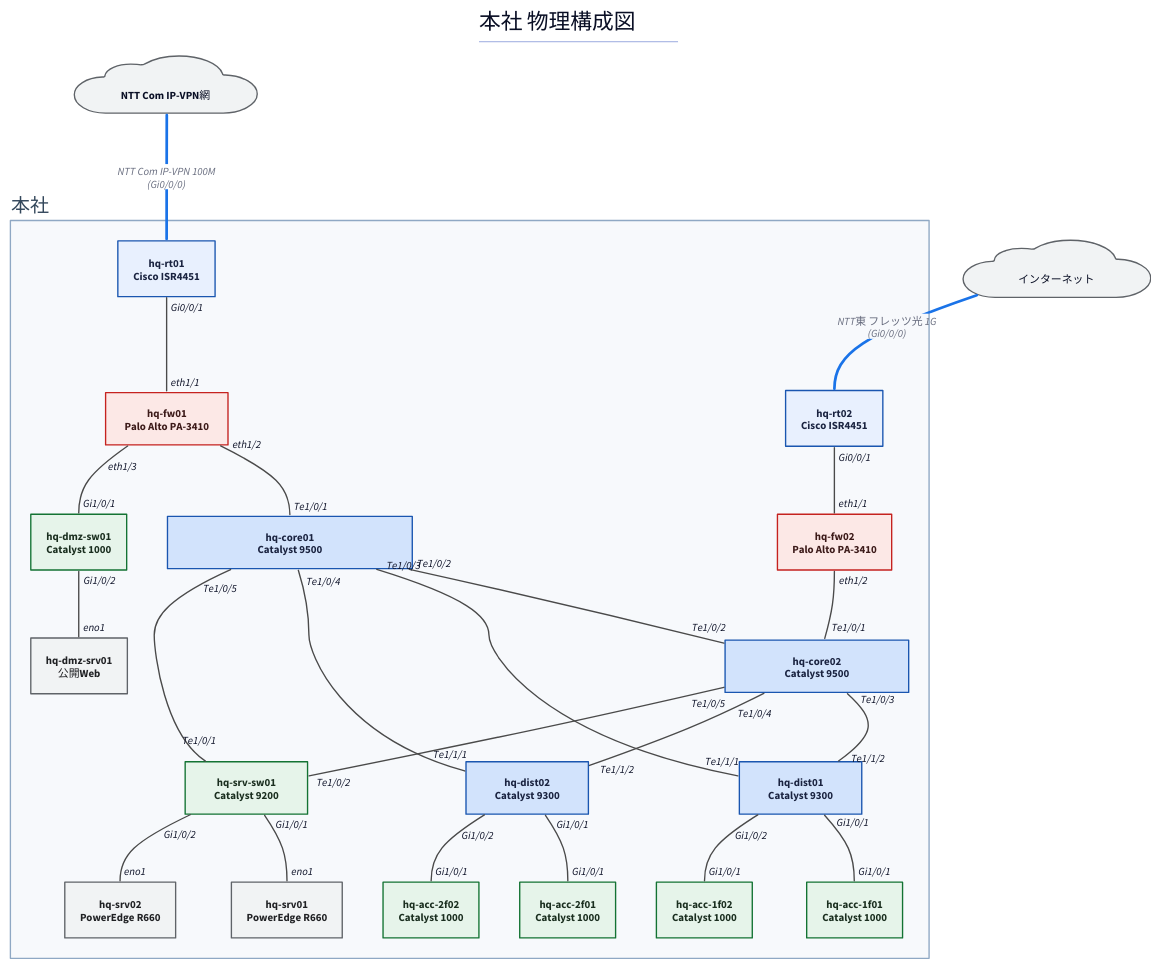
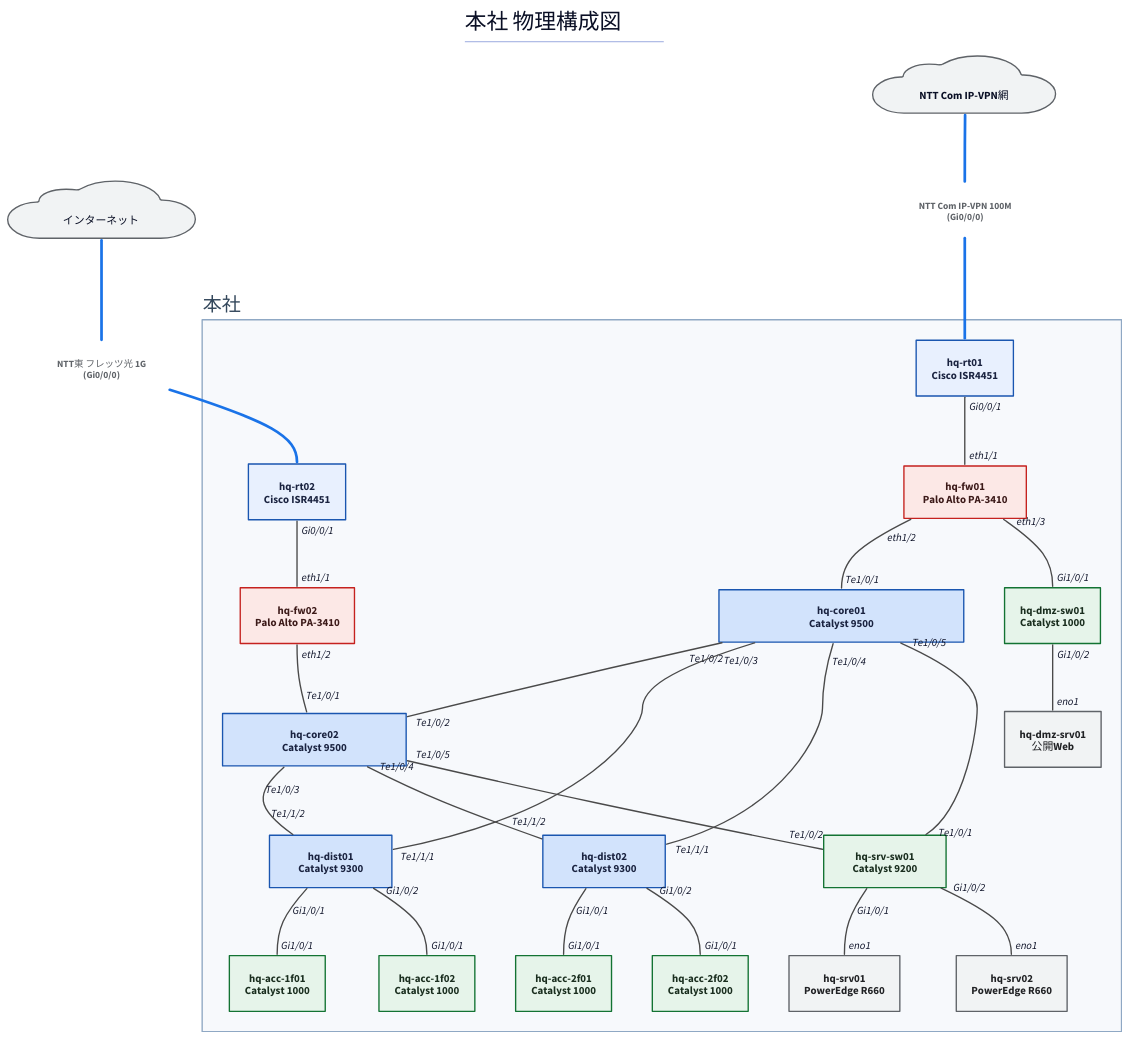
Before and after one commit to thinas1115/nwdsl: the diagram in examples/complex-lan/generated/hq-physical.d2, drawn with D2. The commit also changed 38 other files, not shown here.

First line of the commit message:
全サンプルに論理構成図を追加 + 純L3ビューの自動判定と表示品質を改善

```diff
--- a/examples/complex-lan/generated/hq-physical.d2
+++ b/examples/complex-lan/generated/hq-physical.d2
@@ -1,67 +1,74 @@
 title: |md
   # 本社 物理構成図
 | {near: top-center}
 direction: down
 
 classes: {
   role-router: {style.fill: "#e8f0fe"; style.stroke: "#1a56b0"; style.font-color: "#1a2340"}
   role-l3switch: {style.fill: "#d2e3fc"; style.stroke: "#1a56b0"; style.font-color: "#1a2340"}
   role-l2switch: {style.fill: "#e6f4ea"; style.stroke: "#137333"; style.font-color: "#1a2e1f"}
   role-firewall: {style.fill: "#fce8e6"; style.stroke: "#c5221f"; style.font-color: "#3c1a19"}
   role-other: {style.fill: "#f1f3f4"; style.stroke: "#5f6368"; style.font-color: "#202124"}
   node-cloud: {shape: cloud; style.fill: "#f1f3f4"; style.stroke: "#5f6368"}
   node-site: {style.fill: "#fff8e1"; style.stroke: "#b58105"; style.font-color: "#4a3a08"}
+  node-segment: {style.fill: "#e2f5f0"; style.stroke: "#0f766e"; style.font-color: "#0b3d38"; style.border-radius: 12}
   node-external: {style.fill: "#ffffff"; style.stroke: "#9aa0a6"; style.stroke-dash: 3}
   group-site: {style.fill: "#f7f9fc"; style.stroke: "#8fa8c4"; style.font-color: "#33475b"}
+  edge-label: {style.fill: "transparent"; style.stroke: "transparent"; style.font-size: 14; style.font-color: "#5f6368"; style.italic: true}
   edge-lan-cable: {style.stroke: "#4a4a4a"; style.stroke-width: 2}
   edge-wan-circuit: {style.stroke: "#1a73e8"; style.stroke-width: 4}
   edge-tunnel: {style.stroke: "#7b1fa2"; style.stroke-width: 2; style.stroke-dash: 5}
   edge-logical: {style.stroke: "#188038"; style.stroke-width: 2; style.stroke-dash: 3}
+  edge-segment: {style.stroke: "#0f766e"; style.stroke-width: 1}
 }
 
 s_hq: "本社" {
   class: group-site
   label.near: outside-top-left
   n_hq_rt01: "hq-rt01\nCisco ISR4451" {class: role-router}
   n_hq_rt02: "hq-rt02\nCisco ISR4451" {class: role-router}
   n_hq_fw01: "hq-fw01\nPalo Alto PA-3410" {class: role-firewall; width: 180}
   n_hq_fw02: "hq-fw02\nPalo Alto PA-3410" {class: role-firewall}
   n_hq_core01: "hq-core01\nCatalyst 9500" {class: role-l3switch; width: 360}
   n_hq_core02: "hq-core02\nCatalyst 9500" {class: role-l3switch; width: 270}
   n_hq_dist01: "hq-dist01\nCatalyst 9300" {class: role-l3switch; width: 180}
   n_hq_dist02: "hq-dist02\nCatalyst 9300" {class: role-l3switch; width: 180}
   n_hq_acc_1f01: "hq-acc-1f01\nCatalyst 1000" {class: role-l2switch}
   n_hq_acc_1f02: "hq-acc-1f02\nCatalyst 1000" {class: role-l2switch}
   n_hq_acc_2f01: "hq-acc-2f01\nCatalyst 1000" {class: role-l2switch}
   n_hq_acc_2f02: "hq-acc-2f02\nCatalyst 1000" {class: role-l2switch}
   n_hq_srv_sw01: "hq-srv-sw01\nCatalyst 9200" {class: role-l2switch; width: 180}
   n_hq_srv01: "hq-srv01\nPowerEdge R660" {class: role-other}
   n_hq_srv02: "hq-srv02\nPowerEdge R660" {class: role-other}
   n_hq_dmz_sw01: "hq-dmz-sw01\nCatalyst 1000" {class: role-l2switch}
   n_hq_dmz_srv01: "hq-dmz-srv01\n公開Web" {class: role-other}
 }
 
 n_ipvpn: "　NTT Com IP-VPN網　" {class: node-cloud}
 n_internet: "　インターネット　" {class: node-cloud}
 
-n_ipvpn -- s_hq.n_hq_rt01: "NTT Com IP-VPN 100M\n(Gi0/0/0)" {class: edge-wan-circuit}
-n_internet -- s_hq.n_hq_rt02: "NTT東 フレッツ光 1G\n(Gi0/0/0)" {class: edge-wan-circuit}
+lbl_0: "NTT Com IP-VPN 100M\n(Gi0/0/0)" {class: edge-label}
+n_ipvpn -- lbl_0 {class: edge-wan-circuit}
+lbl_0 -- s_hq.n_hq_rt01 {class: edge-wan-circuit}
+lbl_1: "NTT東 フレッツ光 1G\n(Gi0/0/0)" {class: edge-label}
+n_internet -- lbl_1 {class: edge-wan-circuit}
+lbl_1 -- s_hq.n_hq_rt02 {class: edge-wan-circuit}
 s_hq.n_hq_rt01 -- s_hq.n_hq_fw01 {class: edge-lan-cable; source-arrowhead.label: "Gi0/0/1"; target-arrowhead.label: "eth1/1"}
 s_hq.n_hq_rt02 -- s_hq.n_hq_fw02 {class: edge-lan-cable; source-arrowhead.label: "Gi0/0/1"; target-arrowhead.label: "eth1/1"}
 s_hq.n_hq_fw01 -- s_hq.n_hq_core01 {class: edge-lan-cable; source-arrowhead.label: "eth1/2"; target-arrowhead.label: "Te1/0/1"}
 s_hq.n_hq_fw02 -- s_hq.n_hq_core02 {class: edge-lan-cable; source-arrowhead.label: "eth1/2"; target-arrowhead.label: "Te1/0/1"}
 s_hq.n_hq_core01 -- s_hq.n_hq_core02 {class: edge-lan-cable; source-arrowhead.label: "Te1/0/2"; target-arrowhead.label: "Te1/0/2"}
 s_hq.n_hq_core01 -- s_hq.n_hq_dist01 {class: edge-lan-cable; source-arrowhead.label: "Te1/0/3"; target-arrowhead.label: "Te1/1/1"}
 s_hq.n_hq_core02 -- s_hq.n_hq_dist01 {class: edge-lan-cable; source-arrowhead.label: "Te1/0/3"; target-arrowhead.label: "Te1/1/2"}
 s_hq.n_hq_core01 -- s_hq.n_hq_dist02 {class: edge-lan-cable; source-arrowhead.label: "Te1/0/4"; target-arrowhead.label: "Te1/1/1"}
 s_hq.n_hq_core02 -- s_hq.n_hq_dist02 {class: edge-lan-cable; source-arrowhead.label: "Te1/0/4"; target-arrowhead.label: "Te1/1/2"}
 s_hq.n_hq_dist01 -- s_hq.n_hq_acc_1f01 {class: edge-lan-cable; source-arrowhead.label: "Gi1/0/1"; target-arrowhead.label: "Gi1/0/1"}
 s_hq.n_hq_dist01 -- s_hq.n_hq_acc_1f02 {class: edge-lan-cable; source-arrowhead.label: "Gi1/0/2"; target-arrowhead.label: "Gi1/0/1"}
 s_hq.n_hq_dist02 -- s_hq.n_hq_acc_2f01 {class: edge-lan-cable; source-arrowhead.label: "Gi1/0/1"; target-arrowhead.label: "Gi1/0/1"}
 s_hq.n_hq_dist02 -- s_hq.n_hq_acc_2f02 {class: edge-lan-cable; source-arrowhead.label: "Gi1/0/2"; target-arrowhead.label: "Gi1/0/1"}
 s_hq.n_hq_core01 -- s_hq.n_hq_srv_sw01 {class: edge-lan-cable; source-arrowhead.label: "Te1/0/5"; target-arrowhead.label: "Te1/0/1"}
 s_hq.n_hq_core02 -- s_hq.n_hq_srv_sw01 {class: edge-lan-cable; source-arrowhead.label: "Te1/0/5"; target-arrowhead.label: "Te1/0/2"}
 s_hq.n_hq_srv_sw01 -- s_hq.n_hq_srv01 {class: edge-lan-cable; source-arrowhead.label: "Gi1/0/1"; target-arrowhead.label: "eno1"}
 s_hq.n_hq_srv_sw01 -- s_hq.n_hq_srv02 {class: edge-lan-cable; source-arrowhead.label: "Gi1/0/2"; target-arrowhead.label: "eno1"}
 s_hq.n_hq_fw01 -- s_hq.n_hq_dmz_sw01 {class: edge-lan-cable; source-arrowhead.label: "eth1/3"; target-arrowhead.label: "Gi1/0/1"}
 s_hq.n_hq_dmz_sw01 -- s_hq.n_hq_dmz_srv01 {class: edge-lan-cable; source-arrowhead.label: "Gi1/0/2"; target-arrowhead.label: "eno1"}
```
